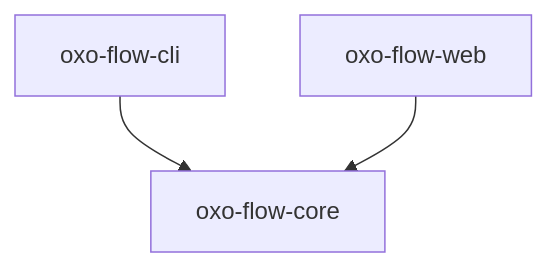
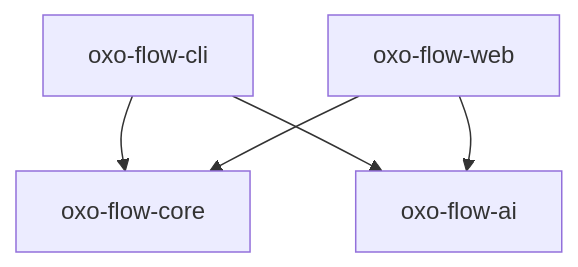
One commit to Traitome/oxo-flow changed the first of 2 diagrams in docs/guide/src/reference/architecture.md. Above: the diagram before and after it, drawn with Mermaid. The commit also changed other lines of this file and 36 other files, not shown here.

````diff
--- a/docs/guide/src/reference/architecture.md
+++ b/docs/guide/src/reference/architecture.md
@@ -25,5 +25,7 @@
 ```mermaid
 graph TD
     CLI[oxo-flow-cli] --> Core[oxo-flow-core]
     Web[oxo-flow-web] --> Core
+    CLI[oxo-flow-cli] --> AI[oxo-flow-ai]
+    Web[oxo-flow-web] --> AI
 ```
````
